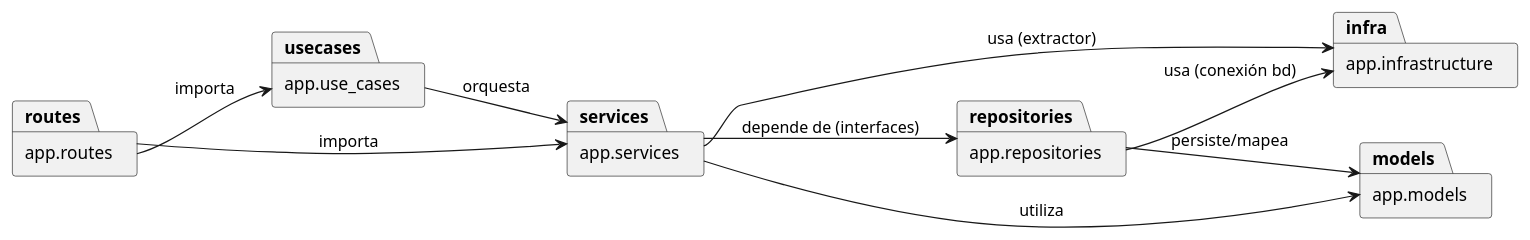
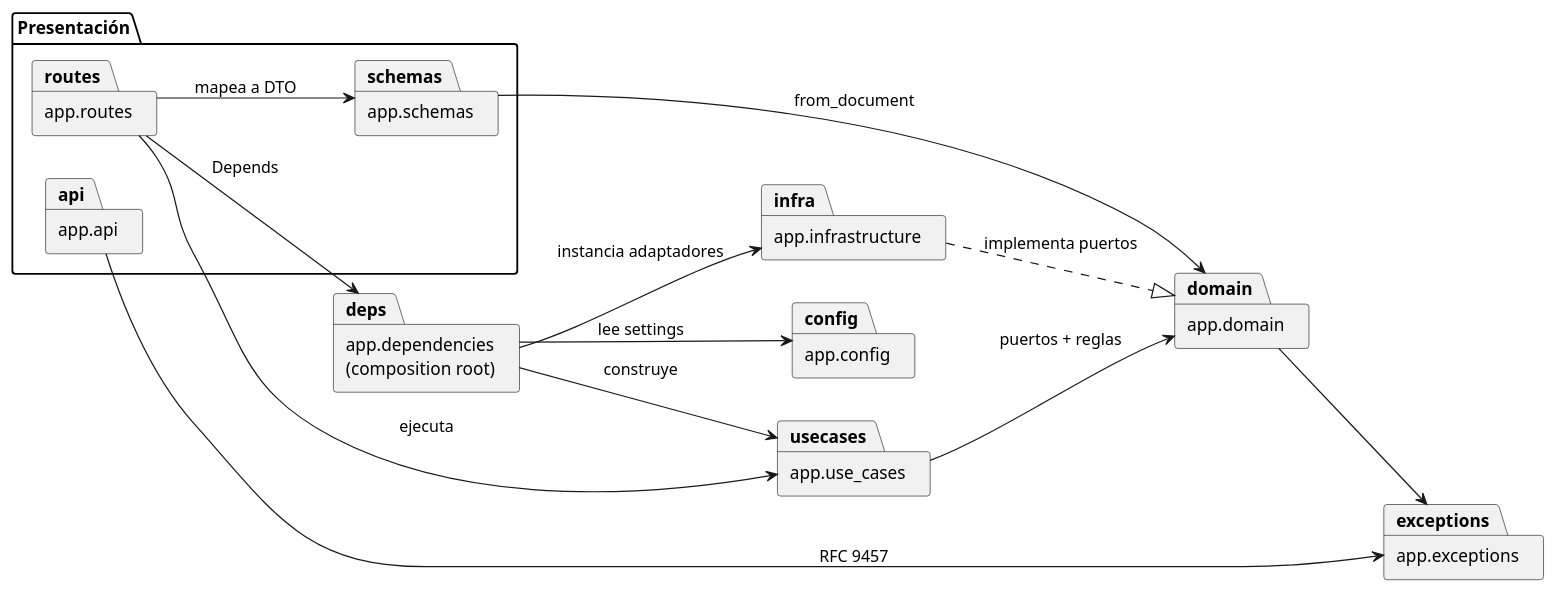
One commit to Zindorg/pdf-extractext changed the diagram in documents/packages_pdf-extractext.puml. Above: the diagram before and after it, drawn with PlantUML. The commit also changed 3 other files, not shown here.

Commit message:
docs(readme): align docs and diagrams with the architecture

```diff
--- a/documents/packages_pdf-extractext.puml
+++ b/documents/packages_pdf-extractext.puml
@@ -1,27 +1,33 @@
 @startuml packages_pdf-extractext
 set namespaceSeparator none
 skinparam packageStyle folder
 left to right direction
 
-' --- DEFINICIÓN DE CARPETAS PRINCIPALES ---
-package "app.routes" as routes
+package "Presentación" {
+  package "app.routes" as routes
+  package "app.schemas" as schemas
+  package "app.api" as api
+}
+package "app.dependencies\n(composition root)" as deps
 package "app.use_cases" as usecases
-package "app.services" as services
-package "app.repositories" as repositories
+package "app.domain" as domain
 package "app.infrastructure" as infra
-package "app.models" as models
+package "app.config" as config
+package "app.exceptions" as exceptions
 
-' --- FLUJO DE DEPENDENCIAS (IMPORTS) ---
-routes --> usecases : importa
-routes --> services : importa
+routes --> usecases : ejecuta
+routes --> schemas : mapea a DTO
+routes --> deps : Depends
+schemas --> domain : from_document
 
-usecases --> services : orquesta
+deps --> usecases : construye
+deps --> infra : instancia adaptadores
+deps --> config : lee settings
 
-services --> repositories : depende de (interfaces)
-services --> infra : usa (extractor)
-services --> models : utiliza
+usecases --> domain : puertos + reglas
 
-repositories --> models : persiste/mapea
-repositories --> infra : usa (conexión bd)
+infra ..|> domain : implementa puertos
+api --> exceptions : RFC 9457
+domain --> exceptions
 
 @enduml
```
